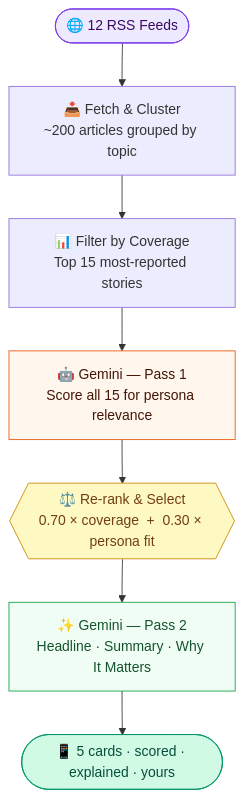
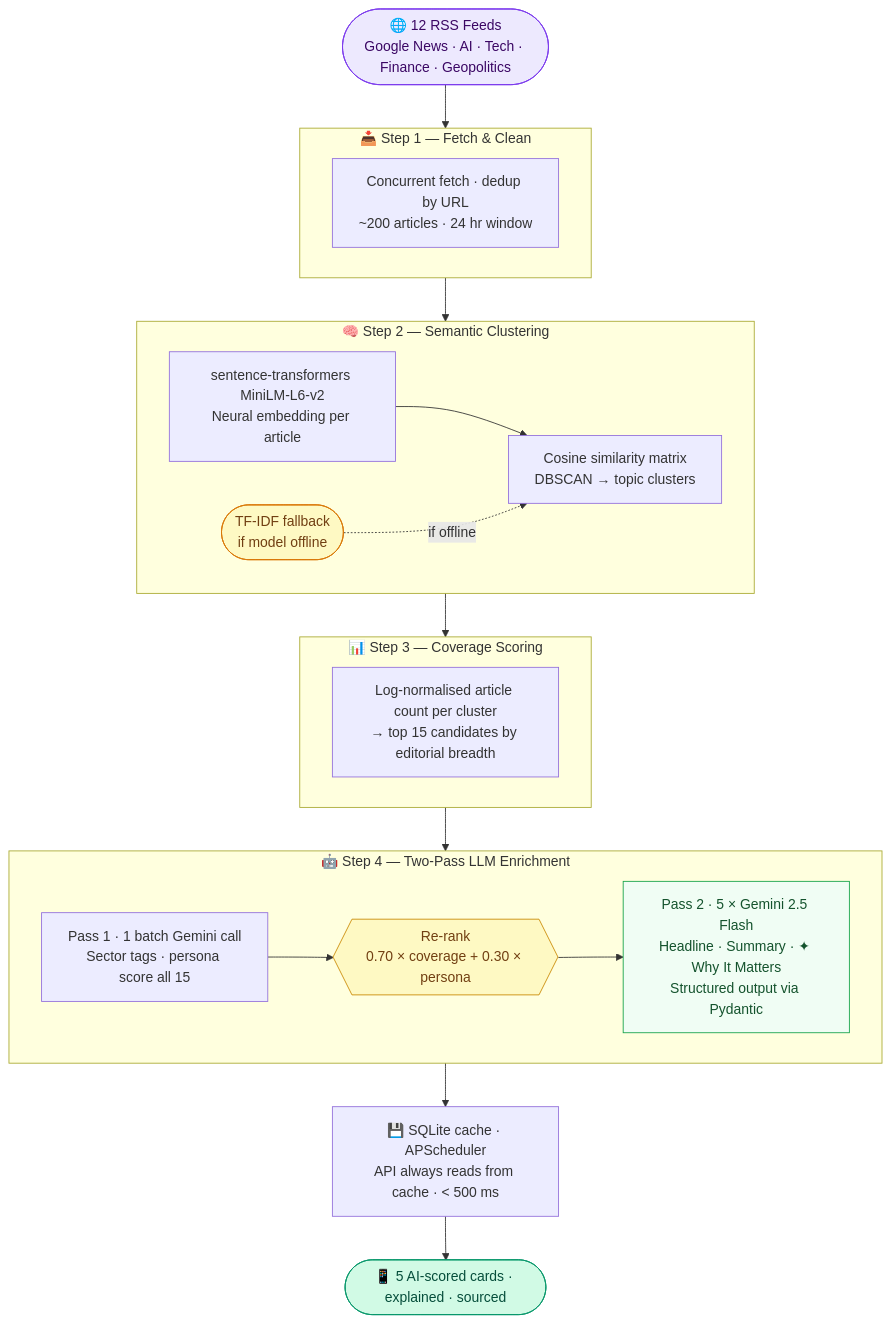
The diagram in README.md (Anoniehere/news-that-matters), drawn with Mermaid before and after one commit. The commit also changed 1 other file, not shown here.

Commit message:
docs: restore technical depth to Mermaid flowchart via subgraphs
Subgraph sections replace flat 7-node chain:
  📥 Step 1 — Fetch & Clean
  🧠 Step 2 — Semantic Clustering (MiniLM-L6-v2 · cosine sim · DBSCAN · TF-IDF fallback)
  📊 Step 3 — Coverage Scoring (log-normalised · top 15)
  🤖 Step 4 — Two-Pass LLM Enrichment (Pass 1 batch · re-rank diamond · Pass 2 Pydantic)
  + SQLite/APScheduler cache node + output terminal

TF-IDF fallback shown as dotted path (-.->|if offline|) — graceful degradation visible
Pydantic structured output called out in Pass 2 node
Subgraph containers keep technical terms readable inside labelled sections

````diff
--- a/README.md
+++ b/README.md
@@ -44,18 +44,42 @@
 ```mermaid
 flowchart TD
-    A(["🌐 12 RSS Feeds"])
-    B["📥 Fetch & Cluster\n~200 articles grouped by topic"]
-    C["📊 Filter by Coverage\nTop 15 most-reported stories"]
-    D["🤖 Gemini — Pass 1\nScore all 15 for persona relevance"]
-    E{{"⚖️ Re-rank & Select\n0.70 × coverage  +  0.30 × persona fit"}}
-    F["✨ Gemini — Pass 2\nHeadline · Summary · Why It Matters"]
-    G(["📱 5 cards · scored · explained · yours"])
+    A(["🌐 12 RSS Feeds\nGoogle News · AI · Tech · Finance · Geopolitics"])
 
-    A --> B --> C --> D --> E --> F --> G
+    subgraph FETCH["📥  Step 1 — Fetch & Clean"]
+        B["Concurrent fetch · dedup by URL\n~200 articles · 24 hr window"]
+    end
 
-    style A fill:#ede9fe,stroke:#7c3aed,color:#3b0764
-    style D fill:#fff7ed,stroke:#ea580c,color:#431407
-    style E fill:#fef9c3,stroke:#ca8a04,color:#713f12
-    style F fill:#f0fdf4,stroke:#16a34a,color:#14532d
-    style G fill:#d1fae5,stroke:#059669,color:#064e3b
+    subgraph CLUSTER["🧠  Step 2 — Semantic Clustering"]
+        C1["sentence-transformers MiniLM-L6-v2\nNeural embedding per article"]
+        C2["Cosine similarity matrix\nDBSCAN → topic clusters"]
+        C3(["TF-IDF fallback\nif model offline"])
+        C1 --> C2
+        C3 -.->|if offline| C2
+    end
+
+    subgraph SCORE["📊  Step 3 — Coverage Scoring"]
+        D["Log-normalised article count per cluster\n→ top 15 candidates by editorial breadth"]
+    end
+
+    subgraph LLM["🤖  Step 4 — Two-Pass LLM Enrichment"]
+        E["Pass 1 · 1 batch Gemini call\nSector tags · persona score all 15"]
+        F{{"Re-rank\n0.70 × coverage + 0.30 × persona"}}
+        G["Pass 2 · 5 × Gemini 2.5 Flash\nHeadline · Summary · ✦ Why It Matters\nStructured output via Pydantic"]
+        E --> F --> G
+    end
+
+    H["💾 SQLite cache · APScheduler\nAPI always reads from cache · < 500 ms"]
+    I(["📱 5 AI-scored cards · explained · sourced"])
+
+    A --> FETCH
+    FETCH --> CLUSTER
+    CLUSTER --> SCORE
+    SCORE --> LLM
+    LLM --> H --> I
+
+    style A  fill:#ede9fe,stroke:#7c3aed,color:#3b0764
+    style C3 fill:#fef9c3,stroke:#d97706,color:#713f12
+    style F  fill:#fef9c3,stroke:#ca8a04,color:#713f12
+    style G  fill:#f0fdf4,stroke:#16a34a,color:#14532d
+    style I  fill:#d1fae5,stroke:#059669,color:#064e3b
 ```
````
